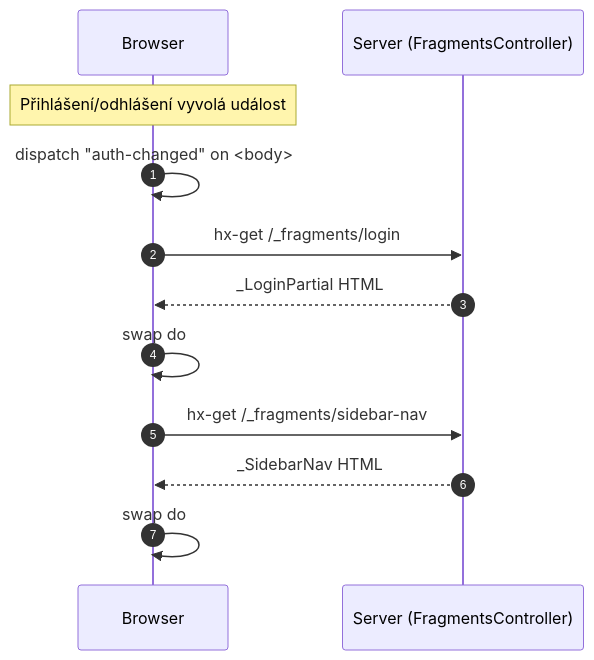
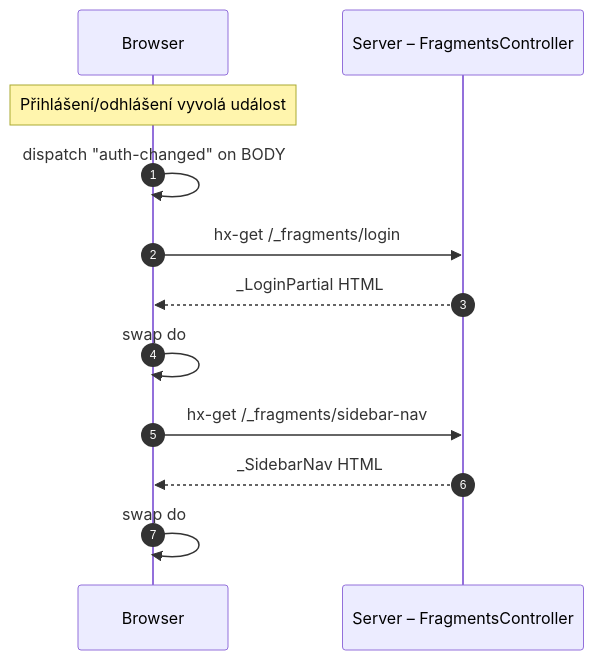
The fourth of 10 diagrams in docs/princip-a-pouziti-aplikace.md (Rsm77/DigitalniProdukty), drawn with Mermaid before and after one commit. The commit also changed other lines of this file and 1 other file, not shown here.

Commit message:
docs: fix Mermaid labels for GitHub

````diff
--- a/docs/princip-a-pouziti-aplikace.md
+++ b/docs/princip-a-pouziti-aplikace.md
@@ -98,16 +98,16 @@
 ```mermaid
 sequenceDiagram
   autonumber
   participant B as Browser
-  participant S as Server (FragmentsController)
+  participant S as Server – FragmentsController
 
   Note over B: Přihlášení/odhlášení vyvolá událost
-  B->>B: dispatch "auth-changed" on <body>
+  B->>B: dispatch "auth-changed" on BODY
   B->>S: hx-get /_fragments/login
   S-->>B: _LoginPartial HTML
   B->>B: swap do #login-partial
 
   B->>S: hx-get /_fragments/sidebar-nav
   S-->>B: _SidebarNav HTML
   B->>B: swap do #sidebar-nav
 ```
````
